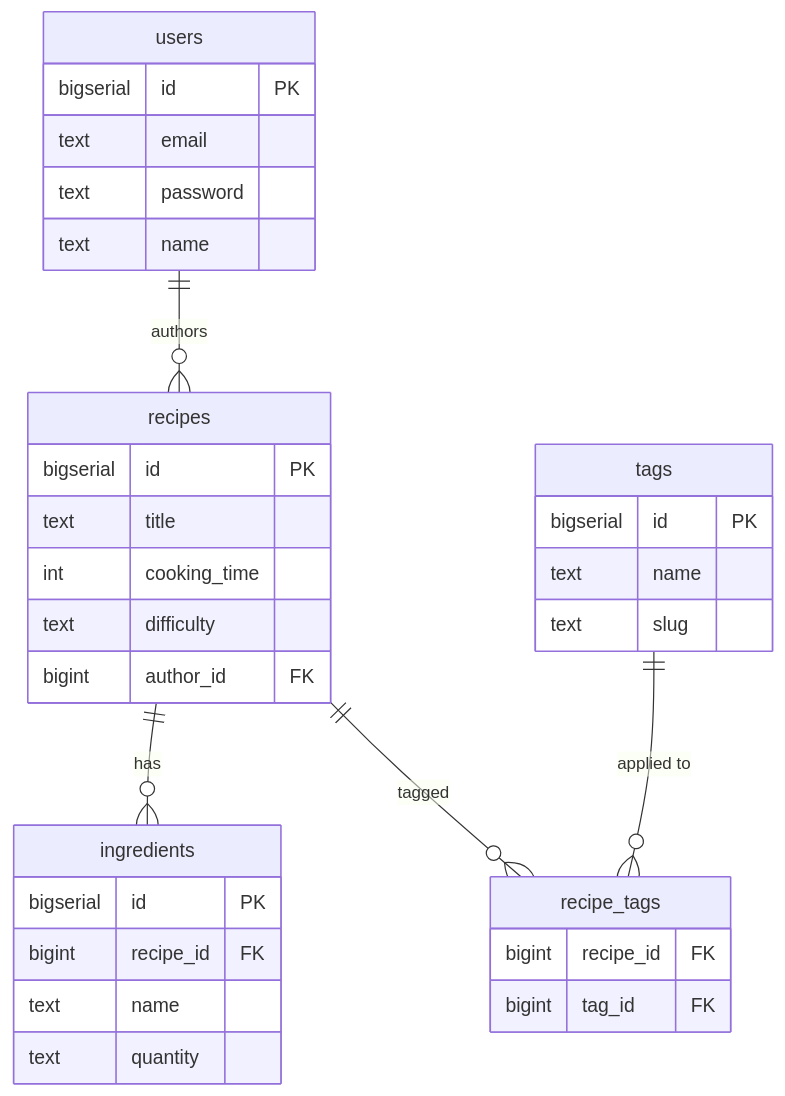
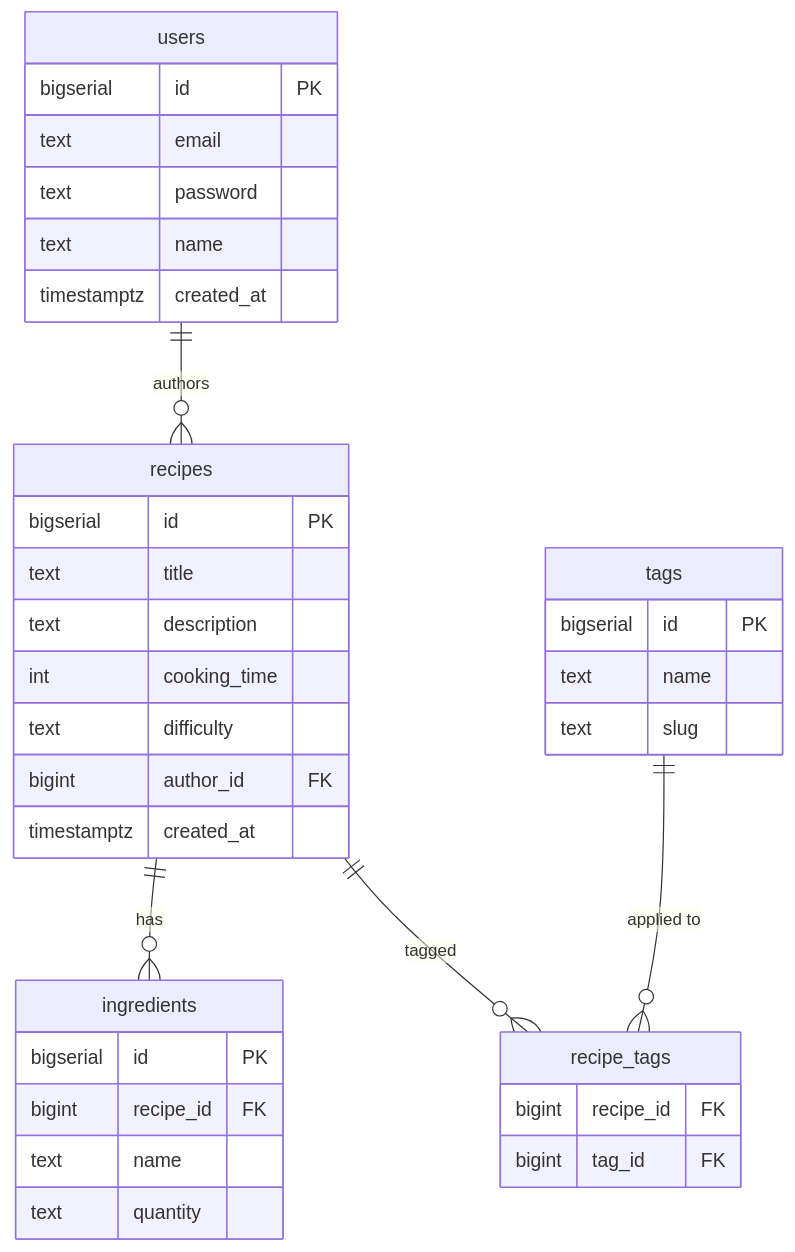
Before and after one commit to Rio-prst/recipe-api: the second of 2 diagrams in README.md, drawn with Mermaid. The commit also changed other lines of this file, not shown here.

First line of the commit message:
docs: fix diagram audit findings

````diff
--- a/README.md
+++ b/README.md
@@ -158,36 +160,39 @@
 ```mermaid
 erDiagram
     users ||--o{ recipes : "authors"
     recipes ||--o{ ingredients : "has"
     recipes ||--o{ recipe_tags : "tagged"
     tags ||--o{ recipe_tags : "applied to"
 
     users {
         bigserial id PK
         text email
         text password
         text name
+        timestamptz created_at
     }
     recipes {
         bigserial id PK
         text title
+        text description
         int cooking_time
         text difficulty
         bigint author_id FK
+        timestamptz created_at
     }
     ingredients {
         bigserial id PK
         bigint recipe_id FK
         text name
         text quantity
     }
     tags {
         bigserial id PK
         text name
         text slug
     }
     recipe_tags {
         bigint recipe_id FK
         bigint tag_id FK
     }
 ```
````
